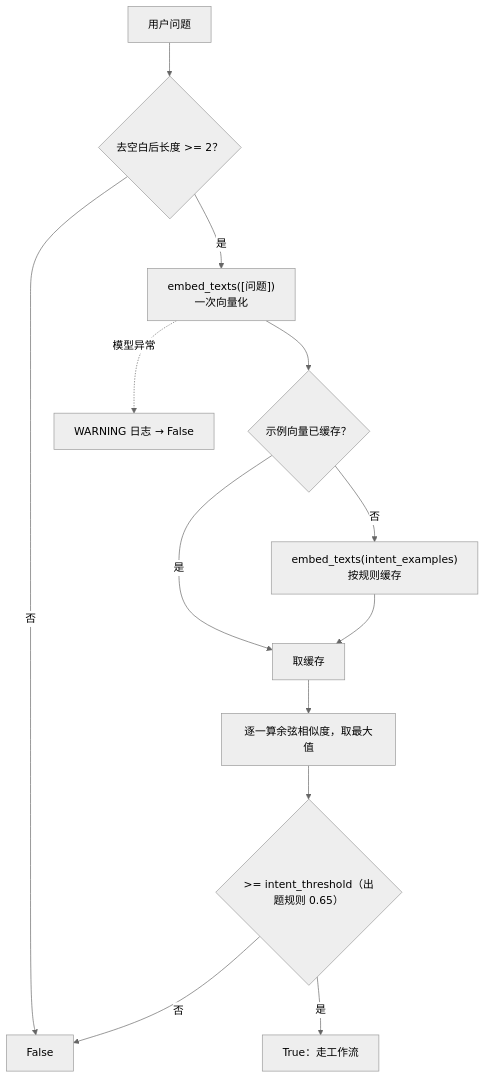
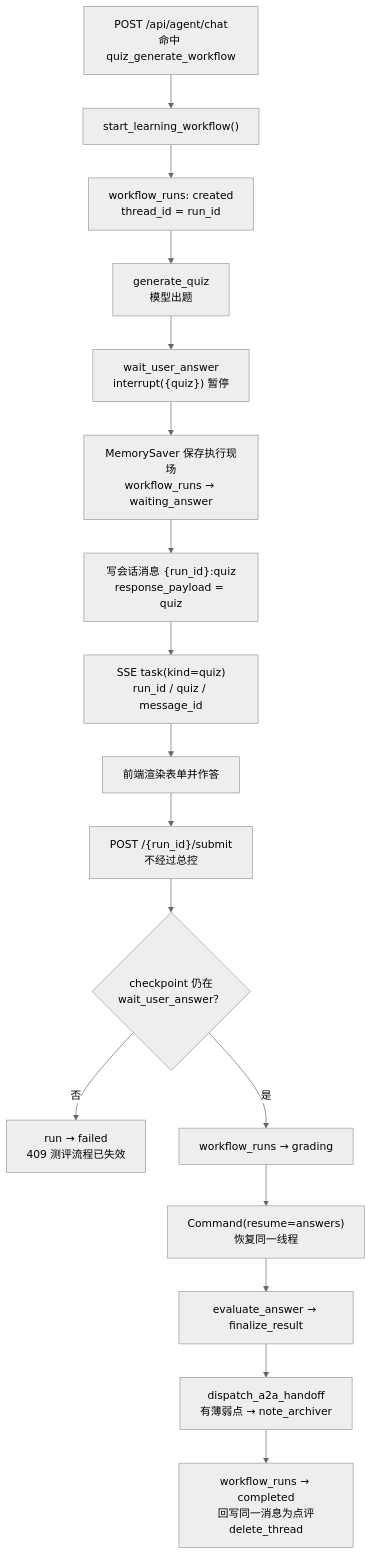
Before and after one commit to jiayinjiang-pistachio/study-pass-ai: the seventh of 7 diagrams in agent-backend/docs/orchestrator-workflow-design.md, drawn with Mermaid (neutral theme). The commit also changed other lines of this file and 56 other files, not shown here.

````diff
--- a/agent-backend/docs/orchestrator-workflow-design.md
+++ b/agent-backend/docs/orchestrator-workflow-design.md
@@ -152,15 +316,19 @@
 ```mermaid
 flowchart TD
-    A["用户问题"] --> B{"去空白后长度 >= 2？"}
-    B -- 否 --> F["False"]
-    B -- 是 --> C["embed_texts([问题])<br/>一次向量化"]
-    C --> D{"示例向量已缓存？"}
-    D -- 否 --> E["embed_texts(intent_examples)<br/>按规则缓存"]
-    D -- 是 --> G["取缓存"]
-    E --> G
-    G --> H["逐一算余弦相似度，取最大值"]
-    H --> I{">= intent_threshold（出题规则 0.65）"}
-    I -- 是 --> J["True：走工作流"]
-    I -- 否 --> F
-    C -. 模型异常 .-> K["WARNING 日志 → False"]
+    A["POST /api/agent/chat<br/>命中 quiz_generate_workflow"] --> B["start_learning_workflow()"]
+    B --> C["workflow_runs: created<br/>thread_id = run_id"]
+    C --> D["generate_quiz<br/>模型出题"]
+    D --> E["wait_user_answer<br/>interrupt({quiz}) 暂停"]
+    E --> F["MemorySaver 保存执行现场<br/>workflow_runs → waiting_answer"]
+    F --> G["写会话消息 {run_id}:quiz<br/>response_payload = quiz"]
+    G --> H["SSE task(kind=quiz)<br/>run_id / quiz / message_id"]
+    H --> I["前端渲染表单并作答"]
+    I --> J["POST /{run_id}/submit<br/>不经过总控"]
+    J --> K{"checkpoint 仍在<br/>wait_user_answer？"}
+    K -->|否| L["run → failed<br/>409 测评流程已失效"]
+    K -->|是| M["workflow_runs → grading"]
+    M --> N["Command(resume=answers)<br/>恢复同一线程"]
+    N --> O["evaluate_answer → finalize_result"]
+    O --> P["dispatch_a2a_handoff<br/>有薄弱点 → note_archiver"]
+    P --> Q["workflow_runs → completed<br/>回写同一消息为点评<br/>delete_thread"]
 ```
````
